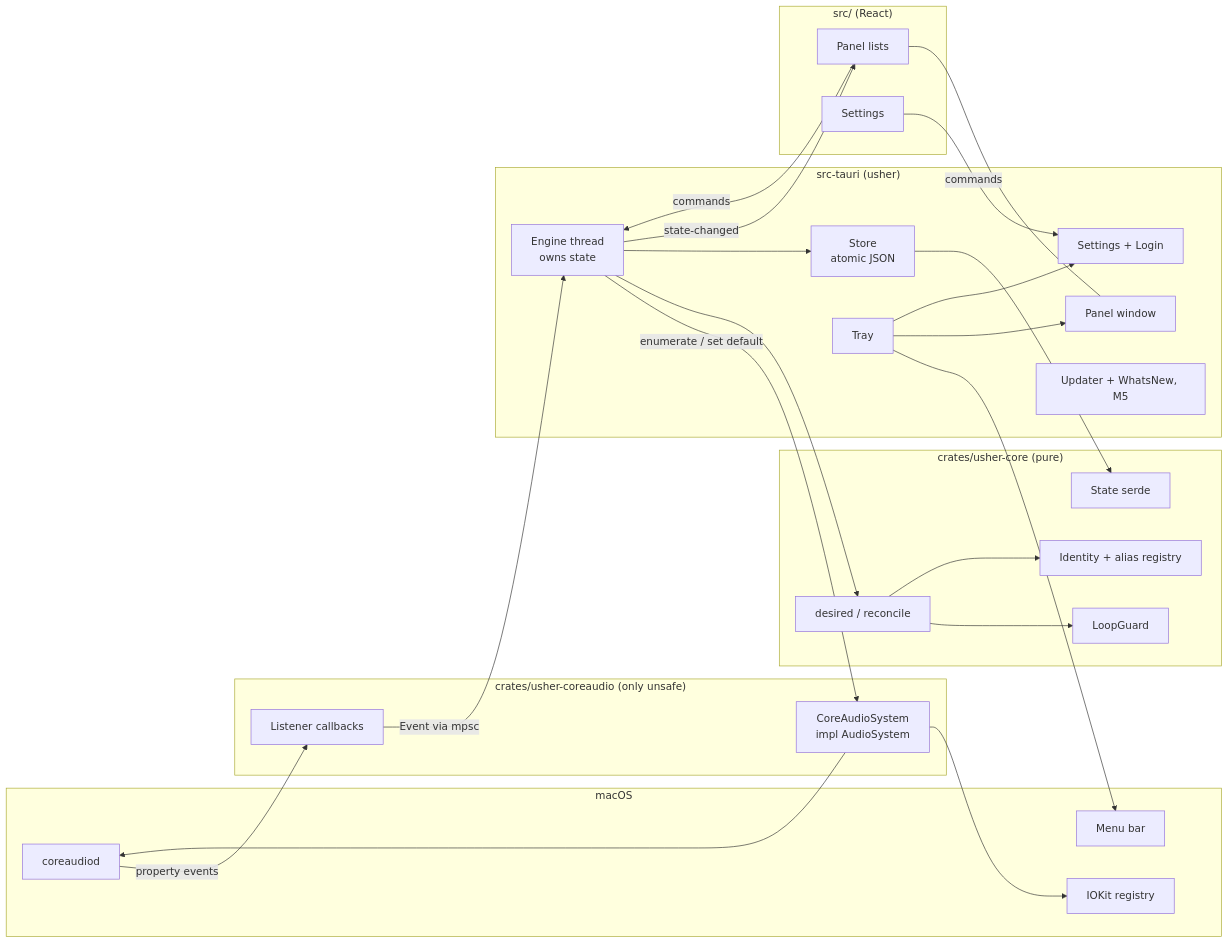
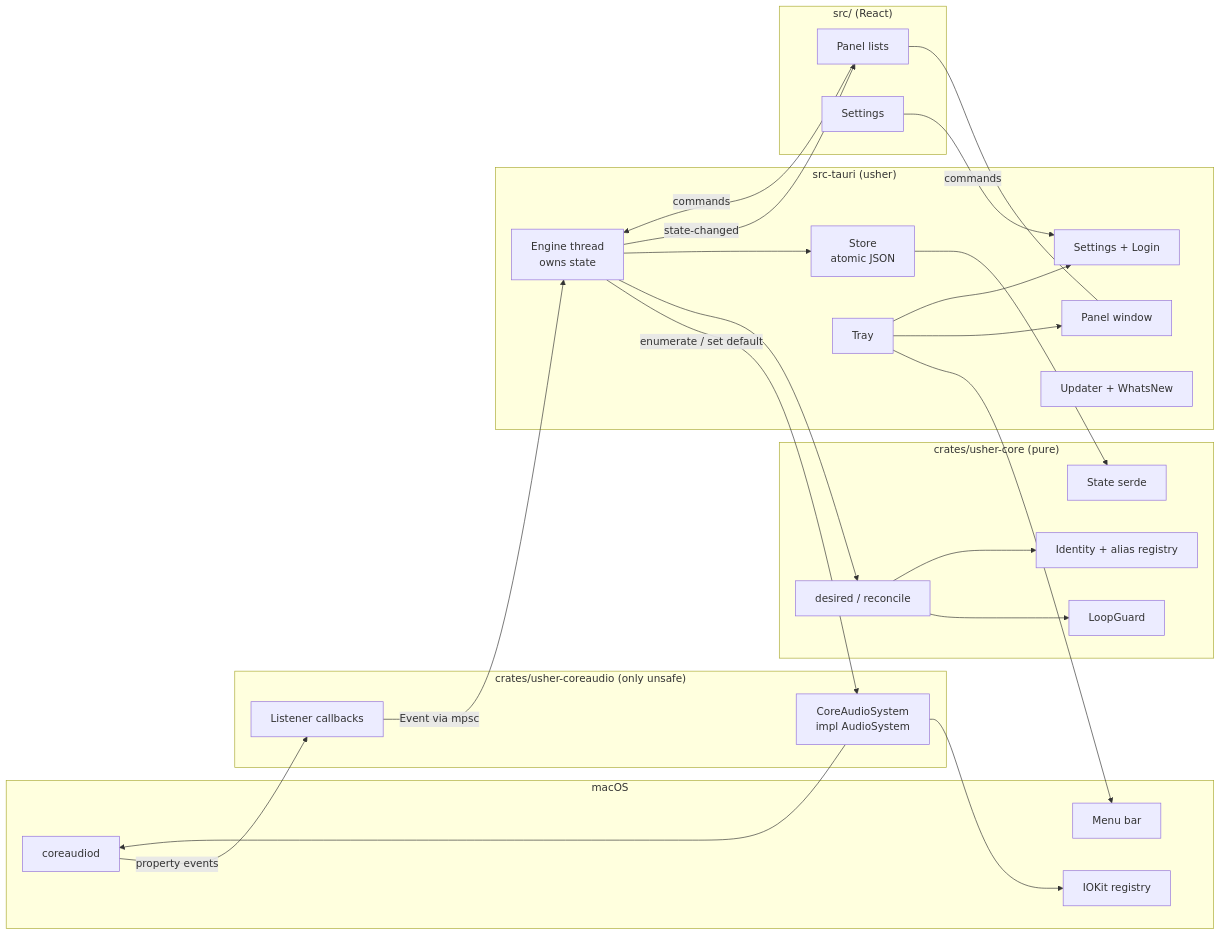
The first of 5 diagrams in docs/architecture/overview.md (cef62/usher), drawn with Mermaid before and after one commit. The commit also changed 61 other files, not shown here.

````diff
--- a/docs/architecture/overview.md
+++ b/docs/architecture/overview.md
@@ -7,52 +7,52 @@
 ```mermaid
 flowchart LR
   subgraph macOS
     CA[coreaudiod]
     IOK[IOKit registry]
     TRAY[Menu bar]
   end
 
   subgraph coreaudio["crates/usher-coreaudio (only unsafe)"]
     SYS[CoreAudioSystem<br/>impl AudioSystem]
     LIS[Listener callbacks]
   end
 
   subgraph core["crates/usher-core (pure)"]
     POL[desired / reconcile]
     GUARD[LoopGuard]
     ID[Identity + alias registry]
     ST[State serde]
   end
 
   subgraph app["src-tauri (usher)"]
     ENG[Engine thread<br/>owns state]
     STORE[Store<br/>atomic JSON]
     TRAYW[Tray]
     PW[Panel window]
     SL[Settings + Login]
-    UPD[Updater + WhatsNew, M5]
+    UPD[Updater + WhatsNew]
   end
 
   subgraph ui["src/ (React)"]
     PANEL[Panel lists]
     SET[Settings]
   end
 
   CA -- property events --> LIS
   LIS -- Event via mpsc --> ENG
   ENG -- enumerate / set default --> SYS
   SYS --> CA
   SYS --> IOK
   ENG --> POL
   POL --> GUARD
   POL --> ID
   ENG --> STORE
   STORE --> ST
   ENG -- state-changed --> PANEL
   PANEL -- commands --> ENG
   TRAYW --> TRAY
   TRAYW --> PW
   TRAYW --> SL
   PANEL --- PW
   SET -- commands --> SL
 ```
````
